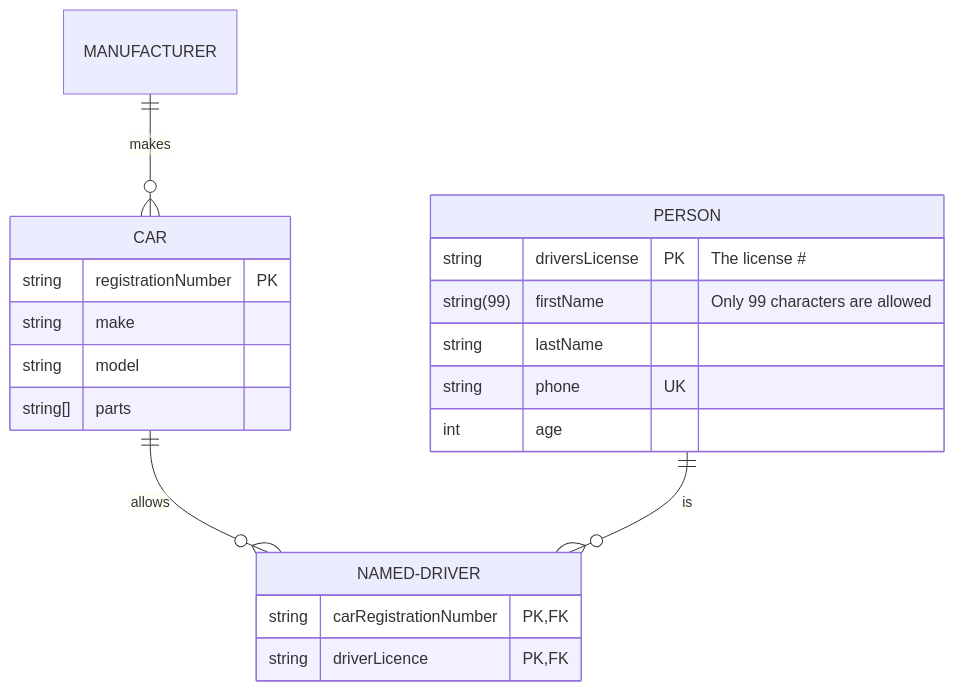
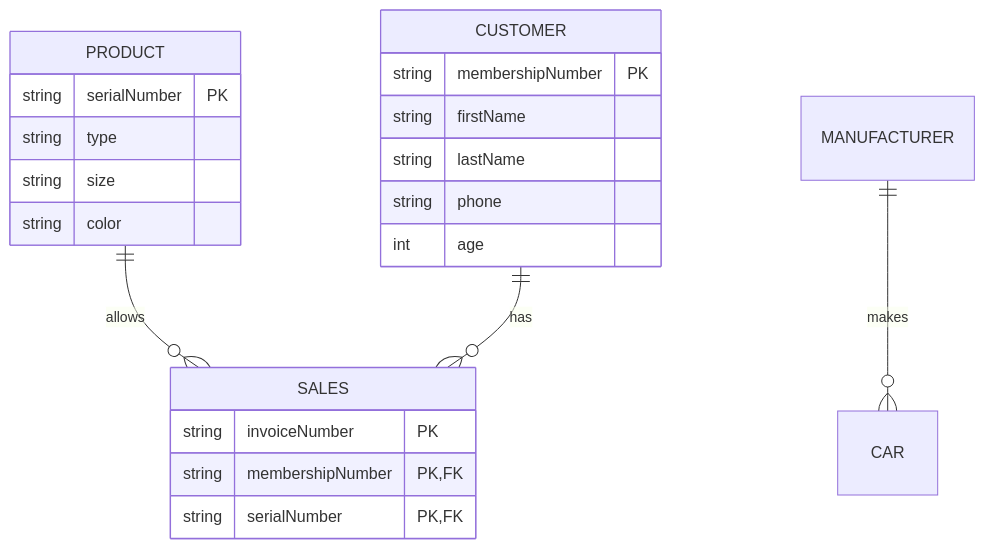
The first of 2 diagrams in README.md (mealvarez-my-waketech-edu/NikeStore_ERD.md), drawn with Mermaid before and after one commit. The commit also changed other lines of this file, not shown here.

````diff
--- a/README.md
+++ b/README.md
@@ -3,23 +8,24 @@
 ```mermaid
 erDiagram
-    CAR ||--o{ NAMED-DRIVER : allows
-    CAR {
-        string registrationNumber PK
-        string make
-        string model
-        string[] parts
+    PRODUCT ||--o{ SALES : allows
+    PRODUCT {
+        string serialNumber PK
+        string type
+        string size
+        string color
     }
-    PERSON ||--o{ NAMED-DRIVER : is
-    PERSON {
-        string driversLicense PK "The license #"
-        string(99) firstName "Only 99 characters are allowed"
+    CUSTOMER ||--o{ SALES : has
+    CUSTOMER {
+        string membershipNumber PK
+        string firstName
         string lastName
-        string phone UK
+        string phone
         int age
     }
-    NAMED-DRIVER {
-        string carRegistrationNumber PK, FK
-        string driverLicence PK, FK
+    SALES {
+        string invoiceNumber PK
+        string membershipNumber PK, FK
+        string serialNumber PK, FK
     }
     MANUFACTURER only one to zero or more CAR : makes
 ```
````
